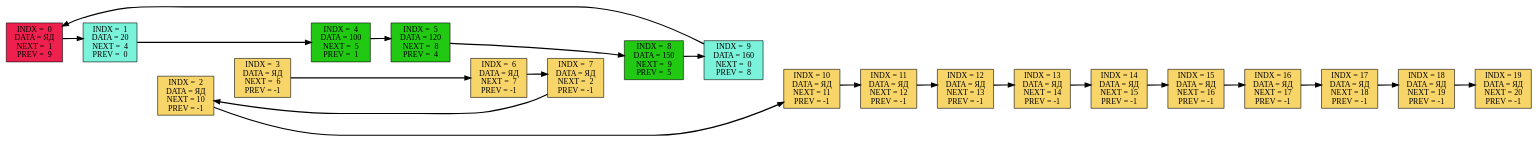
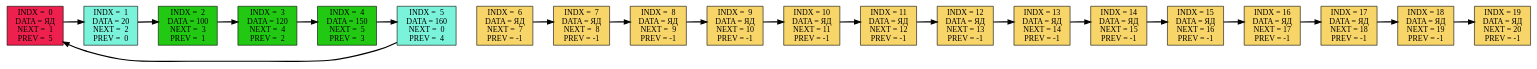
The diagram in Graph.dot (ask0later/List), drawn with Graphviz before and after one commit. The commit also changed 4 other files, not shown here.

```diff
--- a/Graph.dot
+++ b/Graph.dot
@@ -1,62 +1,62 @@
 digraph DotGraph
 {
 rankdir=LR;
-    Node0 [shape="box", color="black", fontcolor="black", fillcolor="#EE204D", style="filled", weight="1", label="INDX =  0\nDATA = ЯД\nNEXT =  1\nPREV =  9"];
-    Node1 [shape="box", color="black", fontcolor="black", fillcolor="#7BF2DA", style="filled", weight="1", label="INDX =  1\nDATA = 20\nNEXT =  4\nPREV =  0"];
-    Node2 [shape="box", color="black", fontcolor="black", fillcolor="#F8D568", style="filled", weight="1", label="INDX =  2\nDATA = ЯД\nNEXT = 10\nPREV = -1"];
-    Node3 [shape="box", color="black", fontcolor="black", fillcolor="#F8D568", style="filled", weight="1", label="INDX =  3\nDATA = ЯД\nNEXT =  6\nPREV = -1"];
-    Node4 [shape="box", color="black", fontcolor="black", fillcolor="#21C912", style="filled", weight="1", label="INDX =  4\nDATA = 100\nNEXT =  5\nPREV =  1"];
-    Node5 [shape="box", color="black", fontcolor="black", fillcolor="#21C912", style="filled", weight="1", label="INDX =  5\nDATA = 120\nNEXT =  8\nPREV =  4"];
+    Node0 [shape="box", color="black", fontcolor="black", fillcolor="#EE204D", style="filled", weight="1", label="INDX =  0\nDATA = ЯД\nNEXT =  1\nPREV =  5"];
+    Node1 [shape="box", color="black", fontcolor="black", fillcolor="#7BF2DA", style="filled", weight="1", label="INDX =  1\nDATA = 20\nNEXT =  2\nPREV =  0"];
+    Node2 [shape="box", color="black", fontcolor="black", fillcolor="#21C912", style="filled", weight="1", label="INDX =  2\nDATA = 100\nNEXT =  3\nPREV =  1"];
+    Node3 [shape="box", color="black", fontcolor="black", fillcolor="#21C912", style="filled", weight="1", label="INDX =  3\nDATA = 120\nNEXT =  4\nPREV =  2"];
+    Node4 [shape="box", color="black", fontcolor="black", fillcolor="#21C912", style="filled", weight="1", label="INDX =  4\nDATA = 150\nNEXT =  5\nPREV =  3"];
+    Node5 [shape="box", color="black", fontcolor="black", fillcolor="#7BF2DA", style="filled", weight="1", label="INDX =  5\nDATA = 160\nNEXT =  0\nPREV =  4"];
     Node6 [shape="box", color="black", fontcolor="black", fillcolor="#F8D568", style="filled", weight="1", label="INDX =  6\nDATA = ЯД\nNEXT =  7\nPREV = -1"];
-    Node7 [shape="box", color="black", fontcolor="black", fillcolor="#F8D568", style="filled", weight="1", label="INDX =  7\nDATA = ЯД\nNEXT =  2\nPREV = -1"];
-    Node8 [shape="box", color="black", fontcolor="black", fillcolor="#21C912", style="filled", weight="1", label="INDX =  8\nDATA = 150\nNEXT =  9\nPREV =  5"];
-    Node9 [shape="box", color="black", fontcolor="black", fillcolor="#7BF2DA", style="filled", weight="1", label="INDX =  9\nDATA = 160\nNEXT =  0\nPREV =  8"];
+    Node7 [shape="box", color="black", fontcolor="black", fillcolor="#F8D568", style="filled", weight="1", label="INDX =  7\nDATA = ЯД\nNEXT =  8\nPREV = -1"];
+    Node8 [shape="box", color="black", fontcolor="black", fillcolor="#F8D568", style="filled", weight="1", label="INDX =  8\nDATA = ЯД\nNEXT =  9\nPREV = -1"];
+    Node9 [shape="box", color="black", fontcolor="black", fillcolor="#F8D568", style="filled", weight="1", label="INDX =  9\nDATA = ЯД\nNEXT = 10\nPREV = -1"];
     Node10 [shape="box", color="black", fontcolor="black", fillcolor="#F8D568", style="filled", weight="1", label="INDX = 10\nDATA = ЯД\nNEXT = 11\nPREV = -1"];
     Node11 [shape="box", color="black", fontcolor="black", fillcolor="#F8D568", style="filled", weight="1", label="INDX = 11\nDATA = ЯД\nNEXT = 12\nPREV = -1"];
     Node12 [shape="box", color="black", fontcolor="black", fillcolor="#F8D568", style="filled", weight="1", label="INDX = 12\nDATA = ЯД\nNEXT = 13\nPREV = -1"];
     Node13 [shape="box", color="black", fontcolor="black", fillcolor="#F8D568", style="filled", weight="1", label="INDX = 13\nDATA = ЯД\nNEXT = 14\nPREV = -1"];
     Node14 [shape="box", color="black", fontcolor="black", fillcolor="#F8D568", style="filled", weight="1", label="INDX = 14\nDATA = ЯД\nNEXT = 15\nPREV = -1"];
     Node15 [shape="box", color="black", fontcolor="black", fillcolor="#F8D568", style="filled", weight="1", label="INDX = 15\nDATA = ЯД\nNEXT = 16\nPREV = -1"];
     Node16 [shape="box", color="black", fontcolor="black", fillcolor="#F8D568", style="filled", weight="1", label="INDX = 16\nDATA = ЯД\nNEXT = 17\nPREV = -1"];
     Node17 [shape="box", color="black", fontcolor="black", fillcolor="#F8D568", style="filled", weight="1", label="INDX = 17\nDATA = ЯД\nNEXT = 18\nPREV = -1"];
     Node18 [shape="box", color="black", fontcolor="black", fillcolor="#F8D568", style="filled", weight="1", label="INDX = 18\nDATA = ЯД\nNEXT = 19\nPREV = -1"];
     Node19 [shape="box", color="black", fontcolor="black", fillcolor="#F8D568", style="filled", weight="1", label="INDX = 19\nDATA = ЯД\nNEXT = 20\nPREV = -1"];
     Node0 -> Node1 [color="#FFFFFF", style="invis", weight="1", label=""];
     Node1 -> Node2 [color="#FFFFFF", style="invis", weight="1", label=""];
     Node2 -> Node3 [color="#FFFFFF", style="invis", weight="1", label=""];
     Node3 -> Node4 [color="#FFFFFF", style="invis", weight="1", label=""];
     Node4 -> Node5 [color="#FFFFFF", style="invis", weight="1", label=""];
     Node5 -> Node6 [color="#FFFFFF", style="invis", weight="1", label=""];
     Node6 -> Node7 [color="#FFFFFF", style="invis", weight="1", label=""];
     Node7 -> Node8 [color="#FFFFFF", style="invis", weight="1", label=""];
     Node8 -> Node9 [color="#FFFFFF", style="invis", weight="1", label=""];
     Node9 -> Node10 [color="#FFFFFF", style="invis", weight="1", label=""];
     Node10 -> Node11 [color="#FFFFFF", style="invis", weight="1", label=""];
     Node11 -> Node12 [color="#FFFFFF", style="invis", weight="1", label=""];
     Node12 -> Node13 [color="#FFFFFF", style="invis", weight="1", label=""];
     Node13 -> Node14 [color="#FFFFFF", style="invis", weight="1", label=""];
     Node14 -> Node15 [color="#FFFFFF", style="invis", weight="1", label=""];
     Node15 -> Node16 [color="#FFFFFF", style="invis", weight="1", label=""];
     Node16 -> Node17 [color="#FFFFFF", style="invis", weight="1", label=""];
     Node17 -> Node18 [color="#FFFFFF", style="invis", weight="1", label=""];
     Node18 -> Node19 [color="#FFFFFF", style="invis", weight="1", label=""];
     Node0 -> Node1 [color="#000000", style="bold", weight="1", label=""];
-    Node1 -> Node4 [color="#000000", style="bold", weight="1", label=""];
-    Node2 -> Node10 [color="#000000", style="bold", weight="1", label=""];
-    Node3 -> Node6 [color="#000000", style="bold", weight="1", label=""];
+    Node1 -> Node2 [color="#000000", style="bold", weight="1", label=""];
+    Node2 -> Node3 [color="#000000", style="bold", weight="1", label=""];
+    Node3 -> Node4 [color="#000000", style="bold", weight="1", label=""];
     Node4 -> Node5 [color="#000000", style="bold", weight="1", label=""];
-    Node5 -> Node8 [color="#000000", style="bold", weight="1", label=""];
+    Node5 -> Node0 [color="#000000", style="bold", weight="1", label=""];
     Node6 -> Node7 [color="#000000", style="bold", weight="1", label=""];
-    Node7 -> Node2 [color="#000000", style="bold", weight="1", label=""];
+    Node7 -> Node8 [color="#000000", style="bold", weight="1", label=""];
     Node8 -> Node9 [color="#000000", style="bold", weight="1", label=""];
-    Node9 -> Node0 [color="#000000", style="bold", weight="1", label=""];
+    Node9 -> Node10 [color="#000000", style="bold", weight="1", label=""];
     Node10 -> Node11 [color="#000000", style="bold", weight="1", label=""];
     Node11 -> Node12 [color="#000000", style="bold", weight="1", label=""];
     Node12 -> Node13 [color="#000000", style="bold", weight="1", label=""];
     Node13 -> Node14 [color="#000000", style="bold", weight="1", label=""];
     Node14 -> Node15 [color="#000000", style="bold", weight="1", label=""];
     Node15 -> Node16 [color="#000000", style="bold", weight="1", label=""];
     Node16 -> Node17 [color="#000000", style="bold", weight="1", label=""];
     Node17 -> Node18 [color="#000000", style="bold", weight="1", label=""];
     Node18 -> Node19 [color="#000000", style="bold", weight="1", label=""];
 }
```
